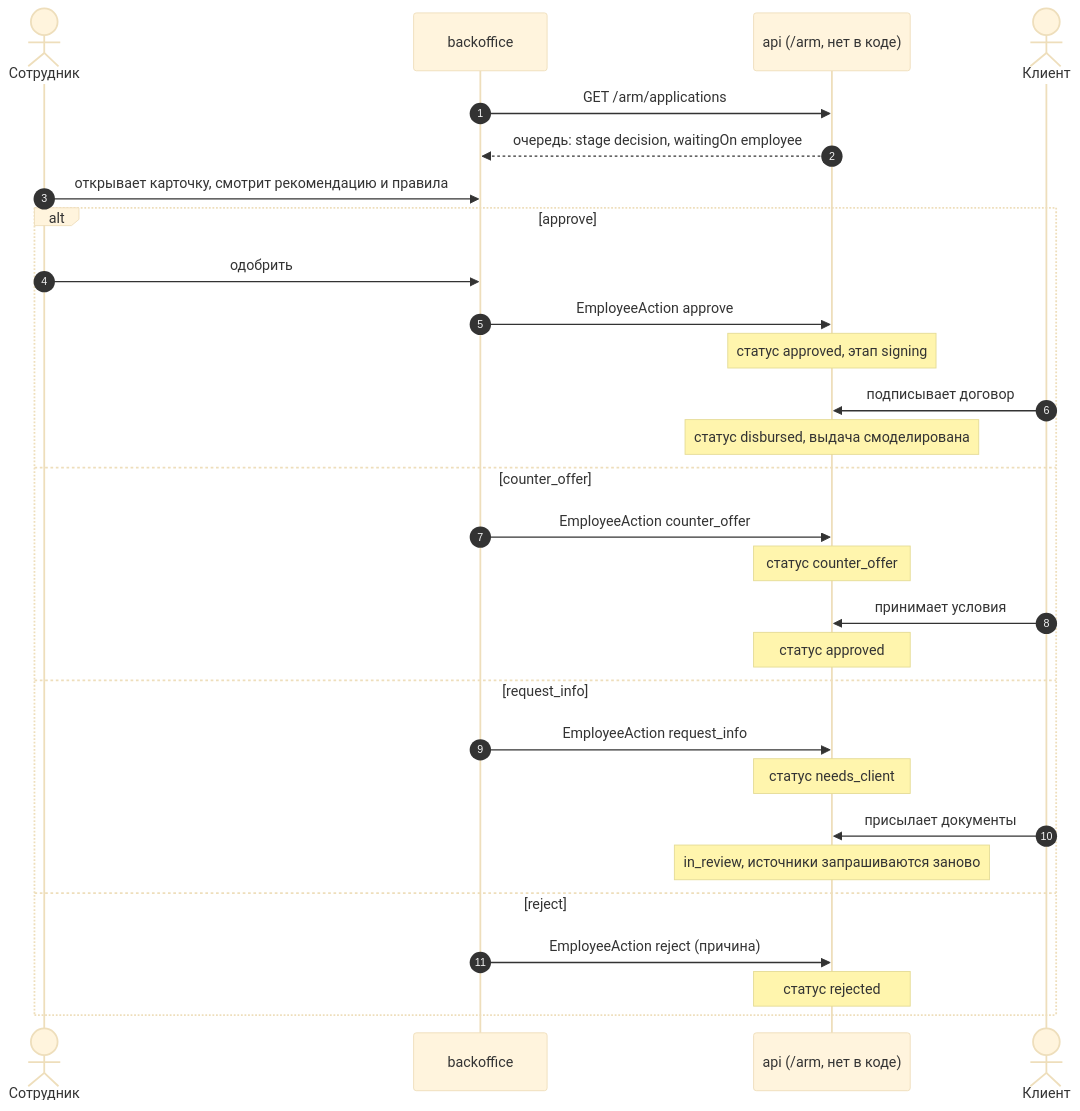
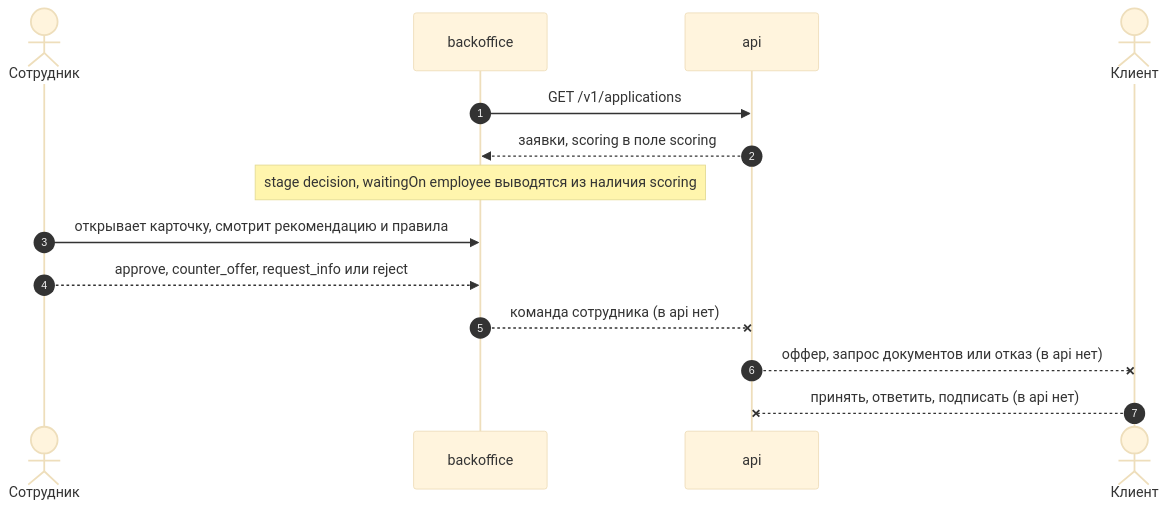
The second of 2 diagrams in docs/diagrams/03-submission-sequence.md (DjonniStorm/smart-credit-dashboard), drawn with Mermaid (base theme) before and after one commit. The commit also changed other lines of this file and 10 other files, not shown here.

First line of the commit message:
docs: обновить диаграммы под api-first

````diff
--- a/docs/diagrams/03-submission-sequence.md
+++ b/docs/diagrams/03-submission-sequence.md
@@ -60,32 +55,17 @@
 ```mermaid
 sequenceDiagram
   autonumber
   actor E as Сотрудник
   participant B as backoffice
-  participant A as api (/arm, нет в коде)
+  participant A as api
   actor C as Клиент
 
-  B->>A: GET /arm/applications
-  A-->>B: очередь: stage decision, waitingOn employee
+  B->>A: GET /v1/applications
+  A-->>B: заявки, scoring в поле scoring
+  Note over B: stage decision, waitingOn employee выводятся из наличия scoring
   E->>B: открывает карточку, смотрит рекомендацию и правила
-  alt approve
-    E->>B: одобрить
-    B->>A: EmployeeAction approve
-    Note over A: статус approved, этап signing
-    C->>A: подписывает договор
-    Note over A: статус disbursed, выдача смоделирована
-  else counter_offer
-    B->>A: EmployeeAction counter_offer
-    Note over A: статус counter_offer
-    C->>A: принимает условия
-    Note over A: статус approved
-  else request_info
-    B->>A: EmployeeAction request_info
-    Note over A: статус needs_client
-    C->>A: присылает документы
-    Note over A: in_review, источники запрашиваются заново
-  else reject
-    B->>A: EmployeeAction reject (причина)
-    Note over A: статус rejected
-  end
+  E-->>B: approve, counter_offer, request_info или reject
+  B--xA: команда сотрудника (в api нет)
+  A--xC: оффер, запрос документов или отказ (в api нет)
+  C--xA: принять, ответить, подписать (в api нет)
 ```
````
